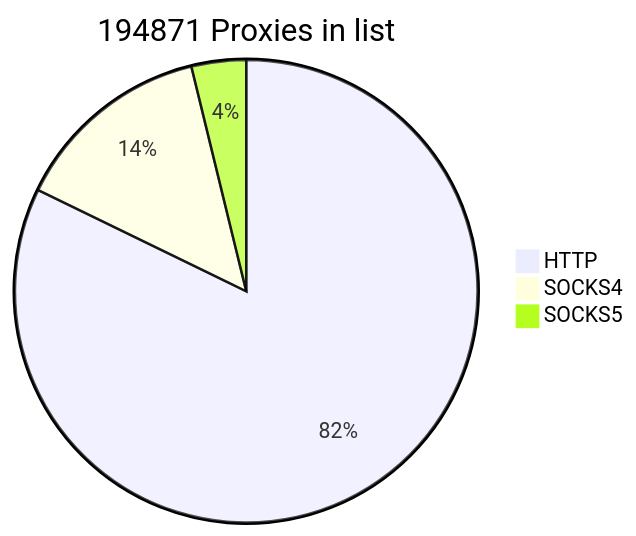
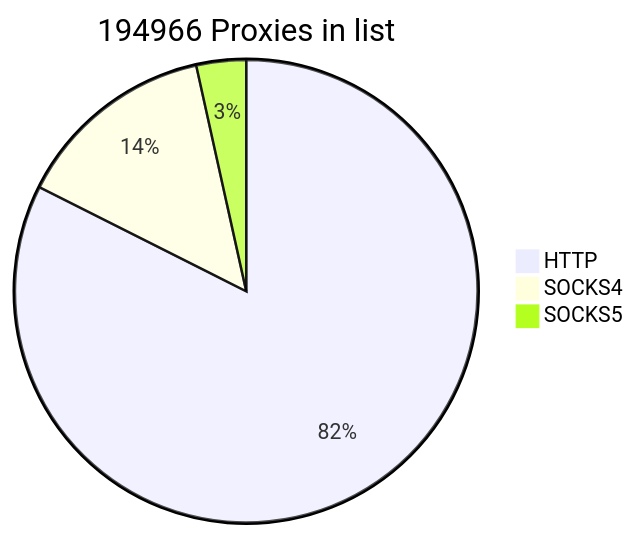
Before and after one commit to cutipu/proxylist: the first of 2 diagrams in README.md, drawn with Mermaid. The commit also changed other lines of this file, not shown here.

````diff
--- a/README.md
+++ b/README.md
@@ -2,7 +2,7 @@
 ```mermaid
-pie title 194871 Proxies in list
-    "HTTP" : 160200
-    "SOCKS4" : 27242
-    "SOCKS5" : 7429
+pie title 194966 Proxies in list
+    "HTTP" : 160691
+    "SOCKS4" : 27508
+    "SOCKS5" : 6767
             
 ```
````
